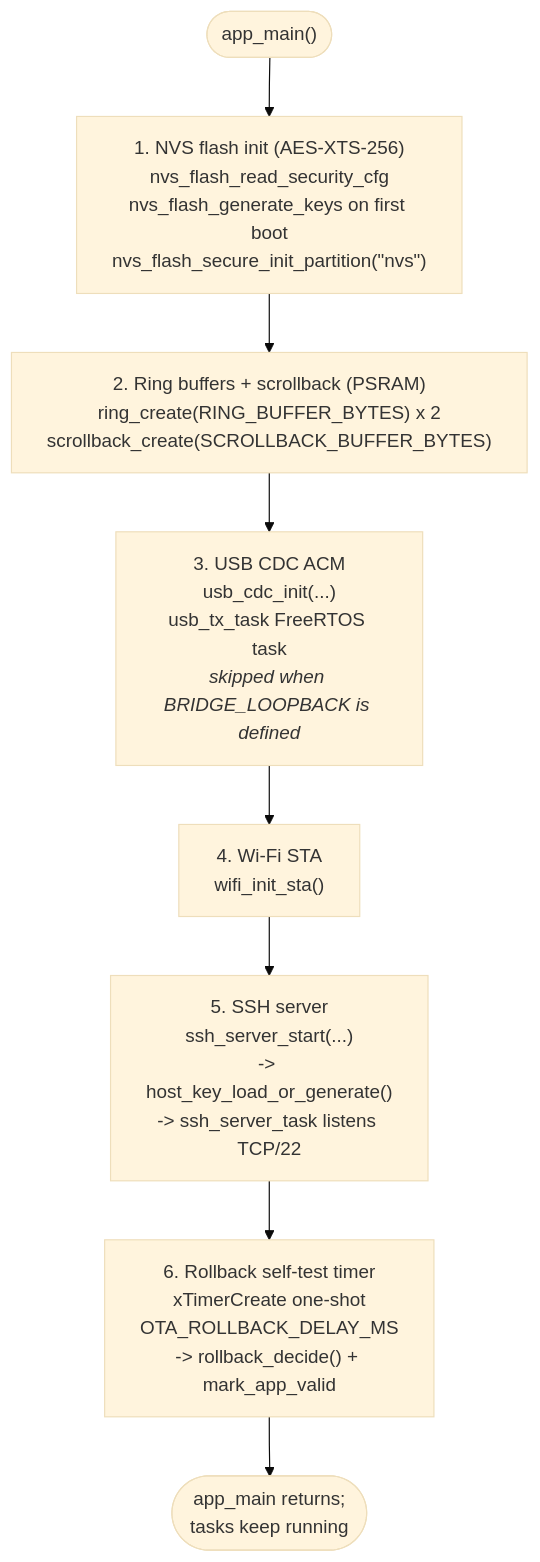
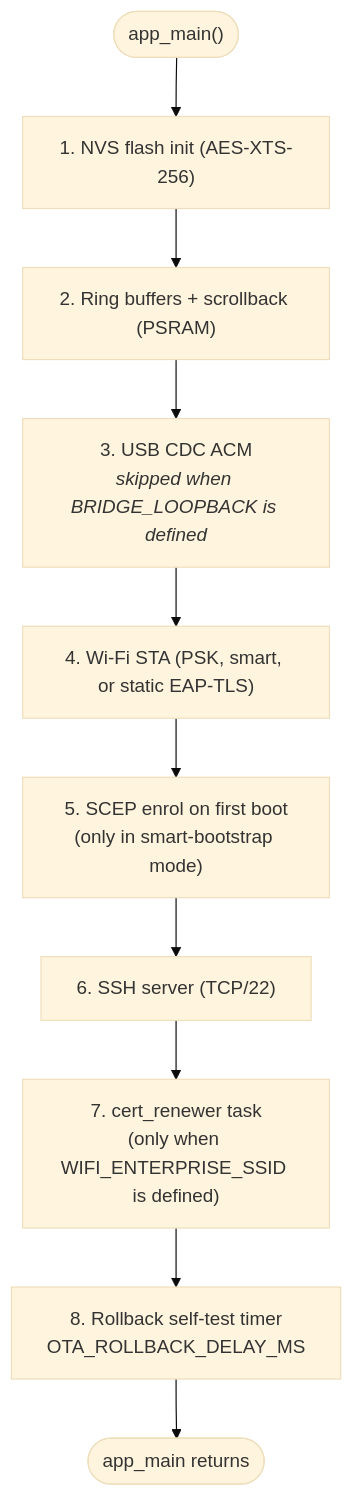
Before and after one commit to alxrxs/esp-tty: the diagram in main/README.md, drawn with Mermaid (base theme). The commit also changed other lines of this file and 16 other files, not shown here.

````diff
--- a/main/README.md
+++ b/main/README.md
@@ -70,13 +45,15 @@
 ```mermaid
 flowchart TB
     start(["app_main()"])
-    nvs["1. NVS flash init (AES-XTS-256)<br/>nvs_flash_read_security_cfg<br/>nvs_flash_generate_keys on first boot<br/>nvs_flash_secure_init_partition(&quot;nvs&quot;)"]
-    rings["2. Ring buffers + scrollback (PSRAM)<br/>ring_create(RING_BUFFER_BYTES) x 2<br/>scrollback_create(SCROLLBACK_BUFFER_BYTES)"]
-    usb["3. USB CDC ACM<br/>usb_cdc_init(...)<br/>usb_tx_task FreeRTOS task<br/><i>skipped when BRIDGE_LOOPBACK is defined</i>"]
-    wifi["4. Wi-Fi STA<br/>wifi_init_sta()"]
-    ssh["5. SSH server<br/>ssh_server_start(...)<br/>-> host_key_load_or_generate()<br/>-> ssh_server_task listens TCP/22"]
-    rollback["6. Rollback self-test timer<br/>xTimerCreate one-shot<br/>OTA_ROLLBACK_DELAY_MS<br/>-> rollback_decide() + mark_app_valid"]
-    done(["app_main returns;<br/>tasks keep running"])
+    nvs["1. NVS flash init (AES-XTS-256)"]
+    rings["2. Ring buffers + scrollback (PSRAM)"]
+    usb["3. USB CDC ACM<br/><i>skipped when BRIDGE_LOOPBACK is defined</i>"]
+    wifi["4. Wi-Fi STA (PSK, smart, or static EAP-TLS)"]
+    scep["5. SCEP enrol on first boot<br/>(only in smart-bootstrap mode)"]
+    ssh["6. SSH server (TCP/22)"]
+    renew["7. cert_renewer task<br/>(only when WIFI_ENTERPRISE_SSID is defined)"]
+    rollback["8. Rollback self-test timer<br/>OTA_ROLLBACK_DELAY_MS"]
+    done(["app_main returns"])
 
-    start --> nvs --> rings --> usb --> wifi --> ssh --> rollback --> done
+    start --> nvs --> rings --> usb --> wifi --> scep --> ssh --> renew --> rollback --> done
 ```
````
